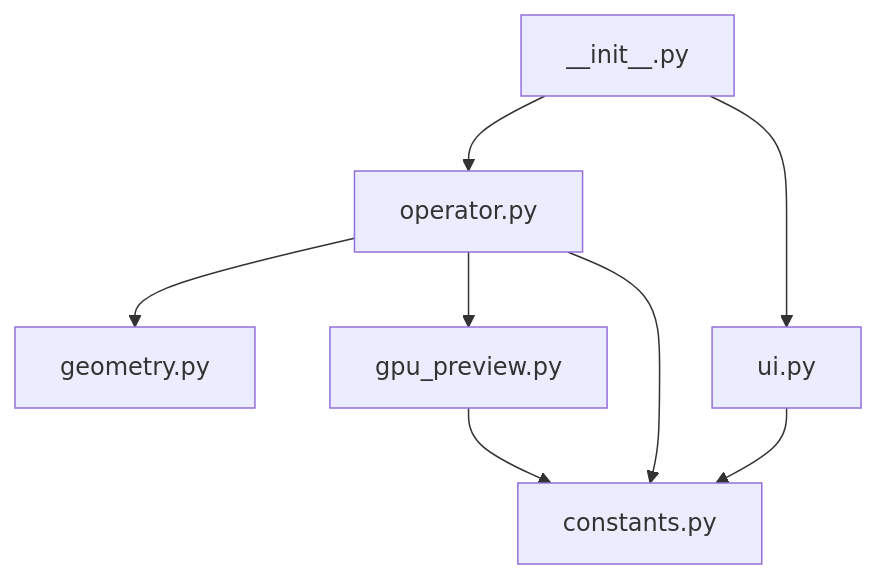
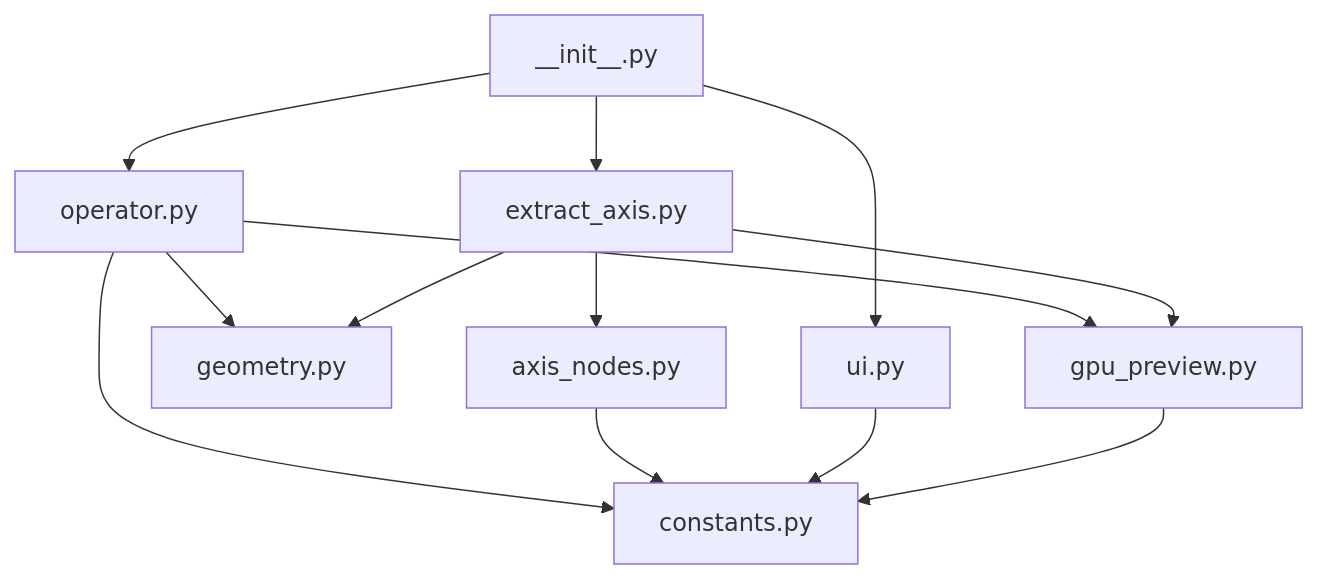
Before and after one commit to amoose136/holey-tools: the diagram in src/docs/architecture.md, drawn with Mermaid. The commit also changed other lines of this file and 8 other files, not shown here.

````diff
--- a/src/docs/architecture.md
+++ b/src/docs/architecture.md
@@ -21,10 +26,15 @@
 ```mermaid
 flowchart TD
     Entry[__init__.py] --> Operator[operator.py]
+    Entry --> Extract[extract_axis.py]
     Entry --> UI[ui.py]
     Operator --> Geometry[geometry.py]
     Operator --> Preview[gpu_preview.py]
     Operator --> Constants[constants.py]
+    Extract --> AxisNodes[axis_nodes.py]
+    Extract --> Geometry
+    Extract --> Preview
+    AxisNodes --> Constants
     UI --> Constants
     Preview --> Constants
 ```
````
